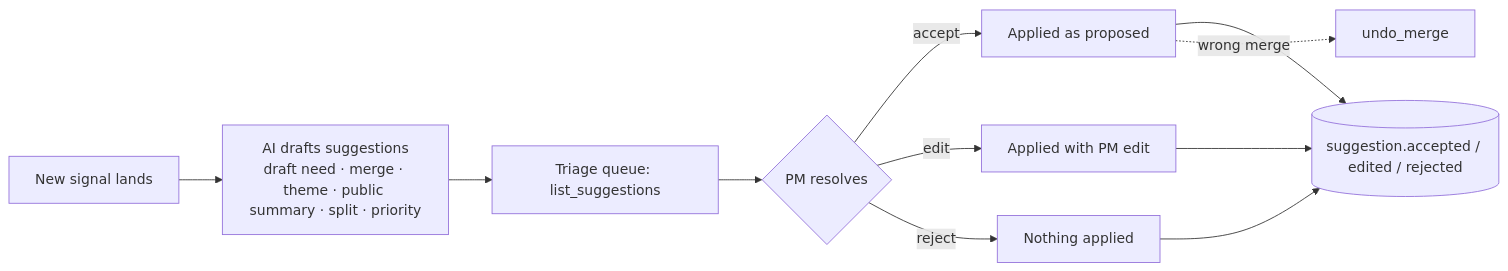
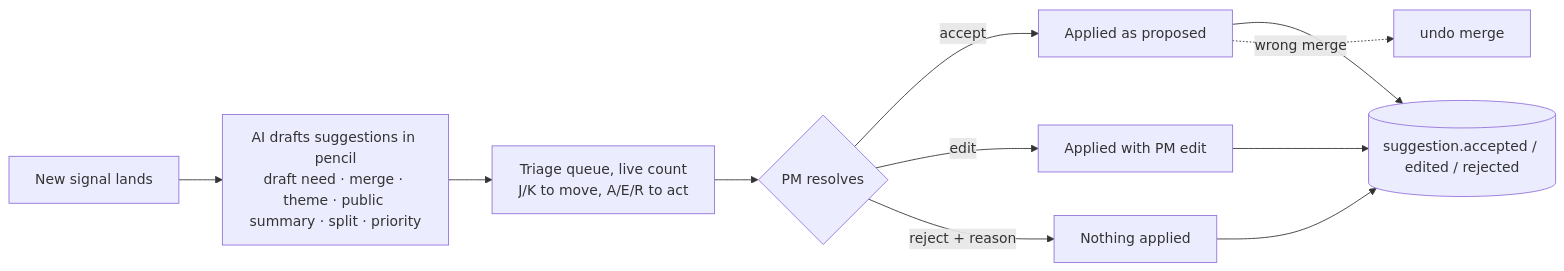
One commit to gaboesquivel/flow-signal changed the fifth of 9 diagrams in docs/harness/product-workflows.md. Above: the diagram before and after it, drawn with Mermaid. The commit also changed other lines of this file and 7 other files, not shown here.

First line of the commit message:
docs(harness): refresh diagrams for specs 006, 007, and 010 (#12)

````diff
--- a/docs/harness/product-workflows.md
+++ b/docs/harness/product-workflows.md
@@ -71,13 +72,13 @@
 ```mermaid
 flowchart LR
-  SIG[New signal lands] --> GEN[AI drafts suggestions<br/>draft need · merge · theme · public summary · split · priority]
-  GEN --> Q[Triage queue: list_suggestions]
+  SIG[New signal lands] --> GEN[AI drafts suggestions in pencil<br/>draft need · merge · theme · public summary · split · priority]
+  GEN --> Q[Triage queue, live count<br/>J/K to move, A/E/R to act]
   Q --> R{PM resolves}
   R -->|accept| AP[Applied as proposed]
   R -->|edit| ED[Applied with PM edit]
-  R -->|reject| RJ[Nothing applied]
+  R -->|reject + reason| RJ[Nothing applied]
   AP --> EV[(suggestion.accepted / edited / rejected)]
   ED --> EV
   RJ --> EV
-  AP -. wrong merge .-> UN[undo_merge]
+  AP -. wrong merge .-> UN[undo merge]
 ```
````
